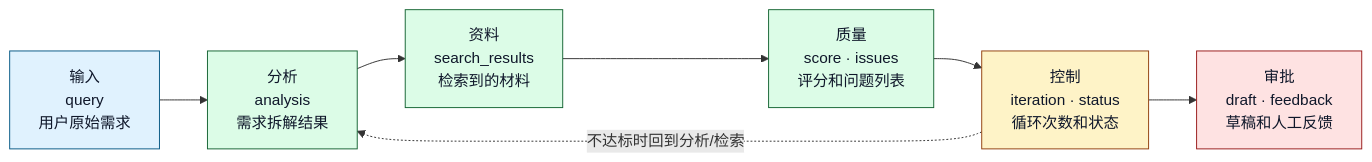
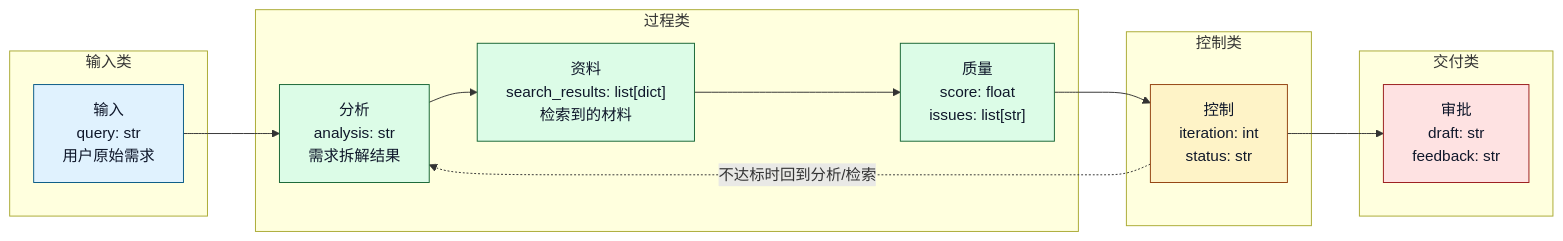
The fifth of 13 diagrams in ai-agent学习/06.LangGraph入门/16.LangGraph业务落地项目架构.md (sealzrt/2026-08--agent), drawn with Mermaid before and after one commit. The commit also changed other lines of this file and 95 other files, not shown here.

````diff
--- a/ai-agent学习/06.LangGraph入门/16.LangGraph业务落地项目架构.md
+++ b/ai-agent学习/06.LangGraph入门/16.LangGraph业务落地项目架构.md
@@ -178,17 +191,31 @@
 ```mermaid
 flowchart LR
-    Input["输入<br/>query<br/>用户原始需求"] --> Analyze["分析<br/>analysis<br/>需求拆解结果"]
-    Analyze --> Data["资料<br/>search_results<br/>检索到的材料"]
-    Data --> Quality["质量<br/>score · issues<br/>评分和问题列表"]
-    Quality --> Control["控制<br/>iteration · status<br/>循环次数和状态"]
-    Control --> Review["审批<br/>draft · feedback<br/>草稿和人工反馈"]
+    subgraph G1["输入类"]
+        Input["输入<br/>query: str<br/>用户原始需求"]
+    end
+    subgraph G2["过程类"]
+        Analyze["分析<br/>analysis: str<br/>需求拆解结果"]
+        Data["资料<br/>search_results: list[dict]<br/>检索到的材料"]
+        Quality["质量<br/>score: float<br/>issues: list[str]"]
+    end
+    subgraph G3["控制类"]
+        Control["控制<br/>iteration: int<br/>status: str"]
+    end
+    subgraph G4["交付类"]
+        Review["审批<br/>draft: str<br/>feedback: str"]
+    end
+    Input --> Analyze
+    Analyze --> Data
+    Data --> Quality
+    Quality --> Control
+    Control --> Review
     Control -.->|不达标时回到分析/检索| Analyze
     classDef core fill:#e0f2fe,stroke:#075985,color:#0f172a
     classDef cap fill:#dcfce7,stroke:#166534,color:#0f172a
     classDef biz fill:#fef3c7,stroke:#92400e,color:#0f172a
     classDef warn fill:#fee2e2,stroke:#991b1b,color:#0f172a
     class Input core
     class Analyze,Data,Quality cap
     class Control biz
     class Review warn
 ```
````
